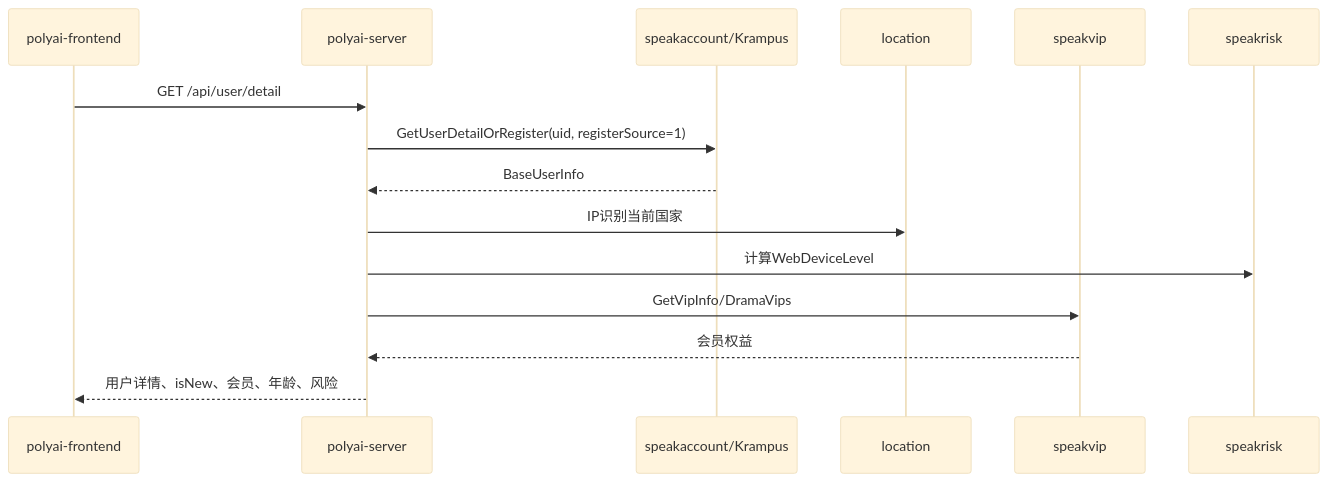
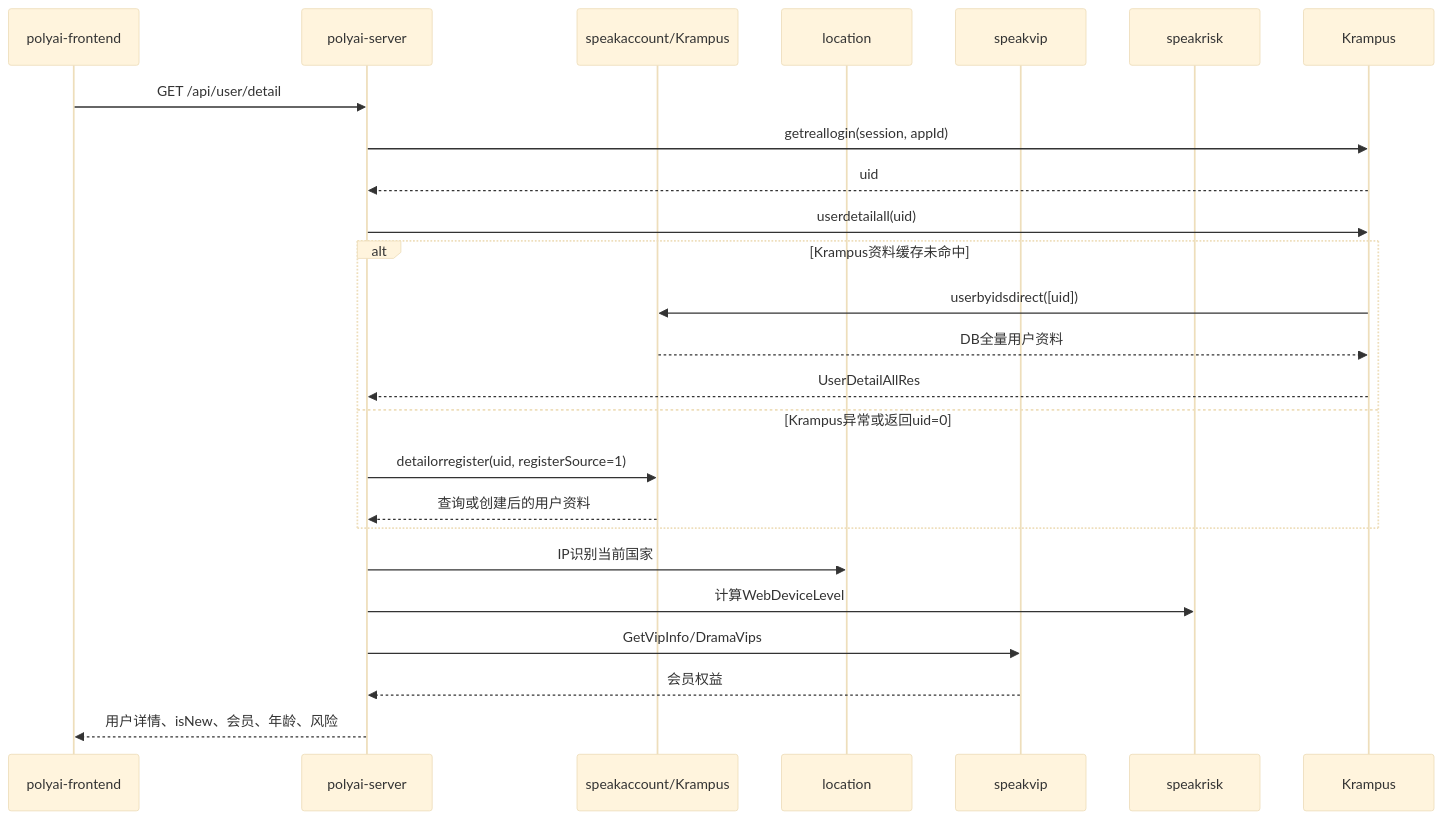
The diagram in features/01-用户与身份/03-新用户体系/README.md (cug-ptq/polyweb), drawn with Mermaid (base theme) before and after one commit. The commit also changed other lines of this file and 2 other files, not shown here.

Commit message:
ci 用户登陆:krampus/speakaccount

````diff
--- a/features/01-用户与身份/03-新用户体系/README.md
+++ b/features/01-用户与身份/03-新用户体系/README.md
@@ -21,17 +22,26 @@
 ```mermaid
 sequenceDiagram
     participant FE as polyai-frontend
     participant PAS as polyai-server
     participant Account as speakaccount/Krampus
     participant Location as location
     participant VIP as speakvip
     participant Risk as speakrisk
     FE->>PAS: GET /api/user/detail
-    PAS->>Account: GetUserDetailOrRegister(uid, registerSource=1)
-    Account-->>PAS: BaseUserInfo
+    PAS->>Krampus: getreallogin(session, appId)
+    Krampus-->>PAS: uid
+    PAS->>Krampus: userdetailall(uid)
+    alt Krampus资料缓存未命中
+        Krampus->>Account: userbyidsdirect([uid])
+        Account-->>Krampus: DB全量用户资料
+        Krampus-->>PAS: UserDetailAllRes
+    else Krampus异常或返回uid=0
+        PAS->>Account: detailorregister(uid, registerSource=1)
+        Account-->>PAS: 查询或创建后的用户资料
+    end
     PAS->>Location: IP识别当前国家
     PAS->>Risk: 计算WebDeviceLevel
     PAS->>VIP: GetVipInfo/DramaVips
     VIP-->>PAS: 会员权益
     PAS-->>FE: 用户详情、isNew、会员、年龄、风险
 ```
````
